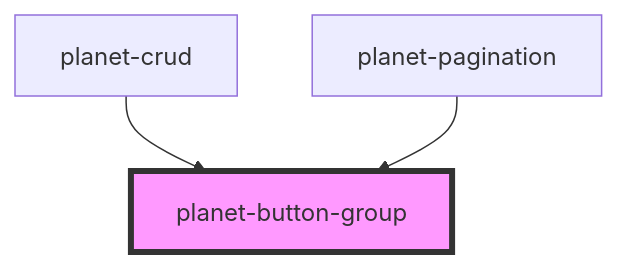
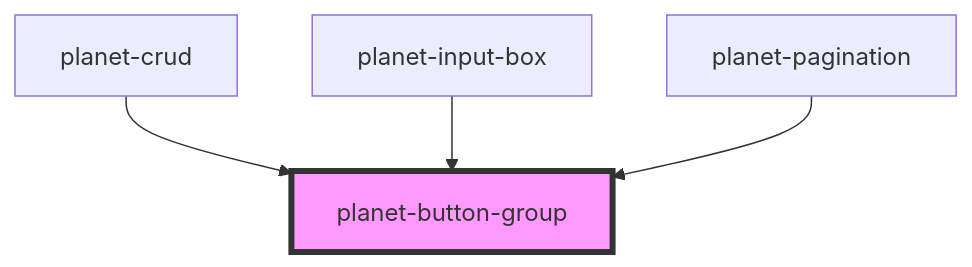
Before and after one commit to siteplanet/planet-css: the diagram in src/components/planet-button-group/readme.md, drawn with Mermaid. The commit also changed other lines of this file and 21 other files, not shown here.

````diff
--- a/src/components/planet-button-group/readme.md
+++ b/src/components/planet-button-group/readme.md
@@ -16,6 +17,7 @@
 ```mermaid
 graph TD;
   planet-crud --> planet-button-group
+  planet-input-box --> planet-button-group
   planet-pagination --> planet-button-group
   style planet-button-group fill:#f9f,stroke:#333,stroke-width:4px
 ```
````
